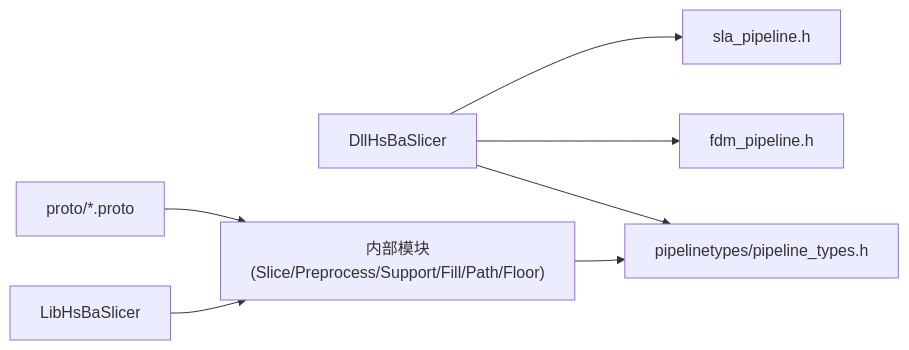
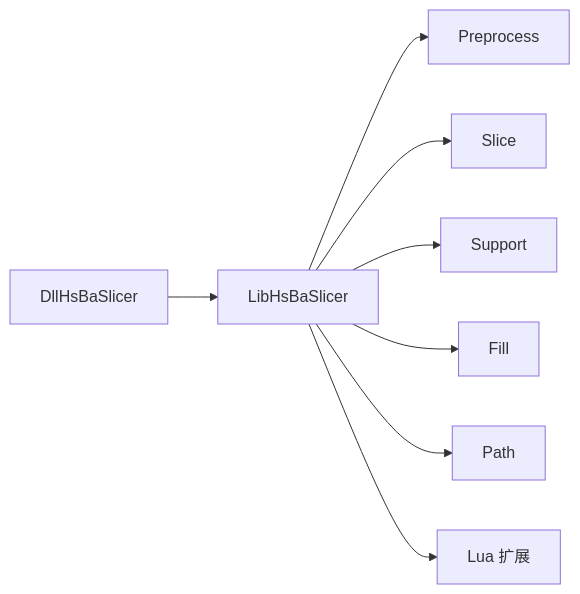
One commit to hsmbanlance/HsBaSlicer changed the third of 3 diagrams in .qoder/repowiki/zh/content/API 参考文档/API 参考文档.md. Above: the diagram before and after it, drawn with Mermaid. The commit also changed other lines of this file and 1095 other files, not shown here.

````diff
--- a/.qoder/repowiki/zh/content/API 参考文档/API 参考文档.md
+++ b/.qoder/repowiki/zh/content/API 参考文档/API 参考文档.md
@@ -378,9 +377,10 @@
 ```mermaid
 graph LR
-DLL["DllHsBaSlicer"] --> PT["pipelinetypes/pipeline_types.h"]
-DLL --> FDM_H["fdm_pipeline.h"]
-DLL --> SLA_H["sla_pipeline.h"]
-LIB["LibHsBaSlicer"] --> CORE["内部模块(Slice/Preprocess/Support/Fill/Path/Floor)"]
-CORE --> PT
-PROTO["proto/*.proto"] --> CORE
+Dll["DllHsBaSlicer"] --> Lib["LibHsBaSlicer"]
+Lib --> Pre["Preprocess"]
+Lib --> Slice["Slice"]
+Lib --> Support["Support"]
+Lib --> Fill["Fill"]
+Lib --> Path["Path"]
+Lib --> Lua["Lua 扩展"]
 ```
````
